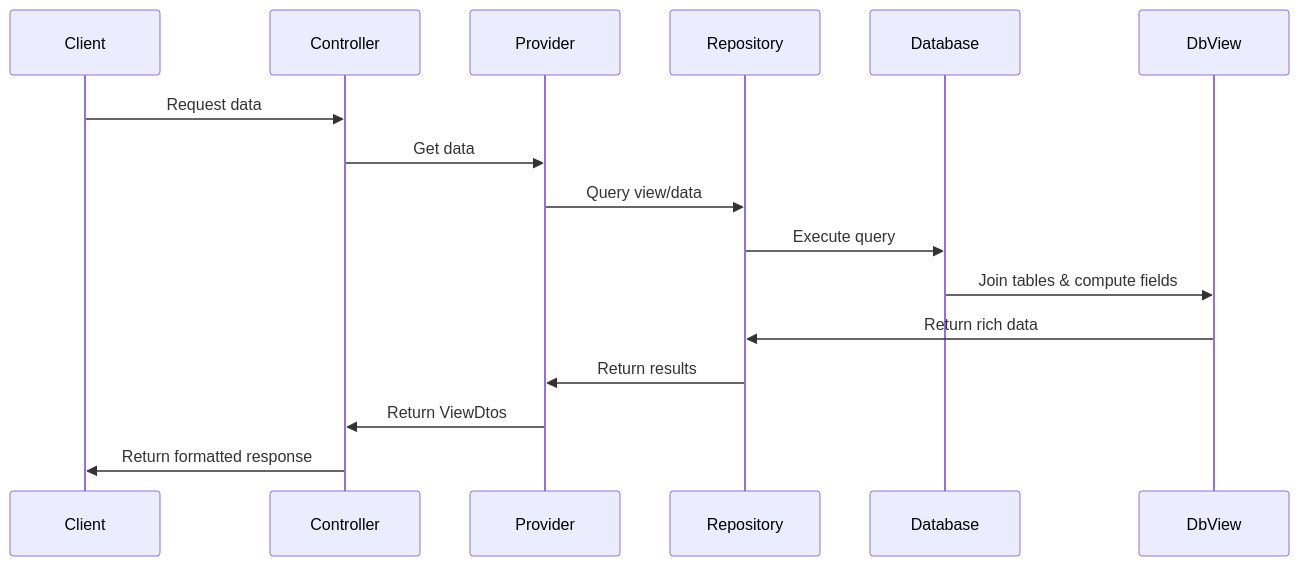
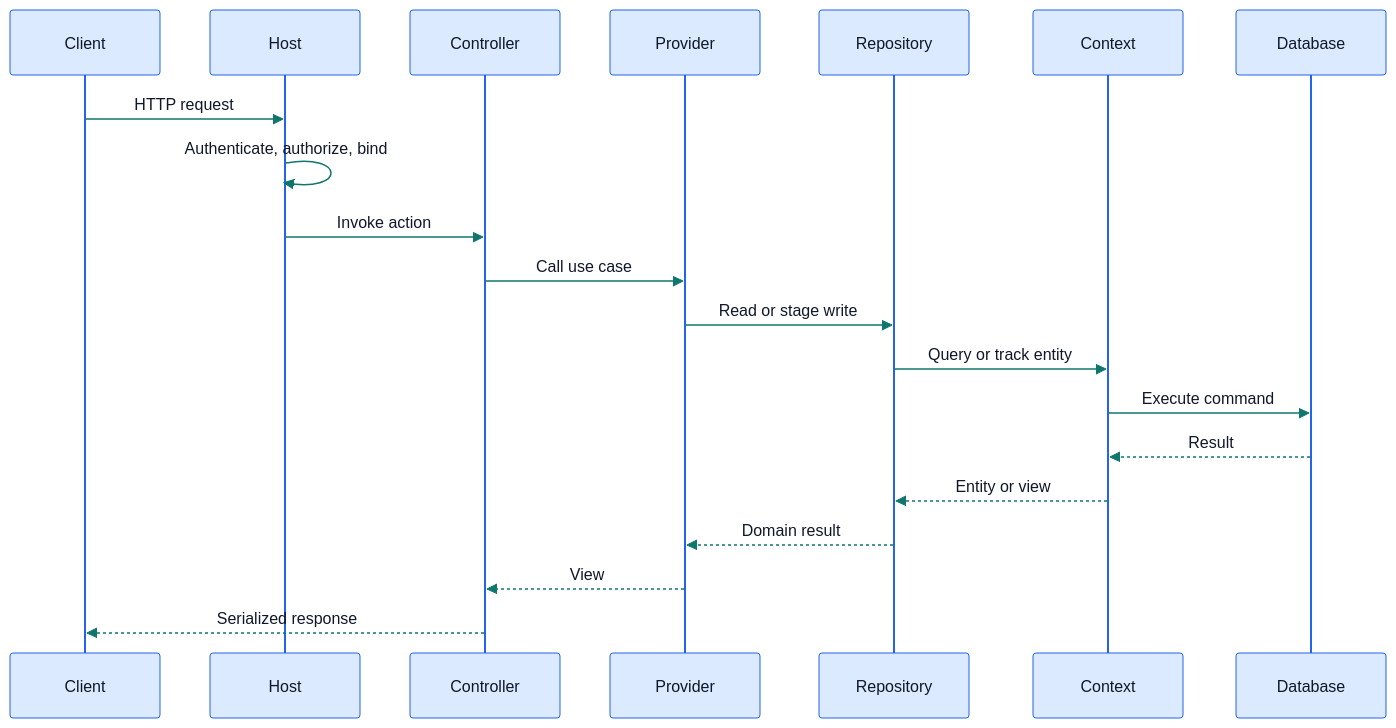
One commit to MiracleDevs/Paradigm.Enterprise changed the diagram in docs/sample-application.md. Above: the diagram before and after it, drawn with Mermaid. The commit also changed other lines of this file and 47 other files, not shown here.

````diff
--- a/docs/sample-application.md
+++ b/docs/sample-application.md
@@ -157,21 +7,24 @@
 ```mermaid
+%%{init: {"theme": "base", "themeVariables": {"primaryColor": "#dbeafe", "primaryBorderColor": "#2563eb", "primaryTextColor": "#0f172a", "lineColor": "#0f766e", "secondaryColor": "#ccfbf1", "tertiaryColor": "#ede9fe", "actorBkg": "#dbeafe", "actorBorder": "#2563eb", "actorTextColor": "#0f172a", "signalColor": "#0f766e", "signalTextColor": "#0f172a"}}}%%
 sequenceDiagram
-    participant Client
-    participant Controller
-    participant Provider
-    participant Repository
-    participant Database
-    participant DbView
+  participant Client
+  participant Host
+  participant Controller
+  participant Provider
+  participant Repository
+  participant Context
+  participant Database
 
-    Client->>Controller: Request data
-    Controller->>Provider: Get data
-    Provider->>Repository: Query view/data
-
-    Repository->>Database: Execute query
-    Database->>DbView: Join tables & compute fields
-    DbView->>Repository: Return rich data
-
-    Repository->>Provider: Return results
-    Provider->>Controller: Return ViewDtos
-    Controller->>Client: Return formatted response
+  Client->>Host: HTTP request
+  Host->>Host: Authenticate, authorize, bind
+  Host->>Controller: Invoke action
+  Controller->>Provider: Call use case
+  Provider->>Repository: Read or stage write
+  Repository->>Context: Query or track entity
+  Context->>Database: Execute command
+  Database-->>Context: Result
+  Context-->>Repository: Entity or view
+  Repository-->>Provider: Domain result
+  Provider-->>Controller: View
+  Controller-->>Client: Serialized response
 ```
````
